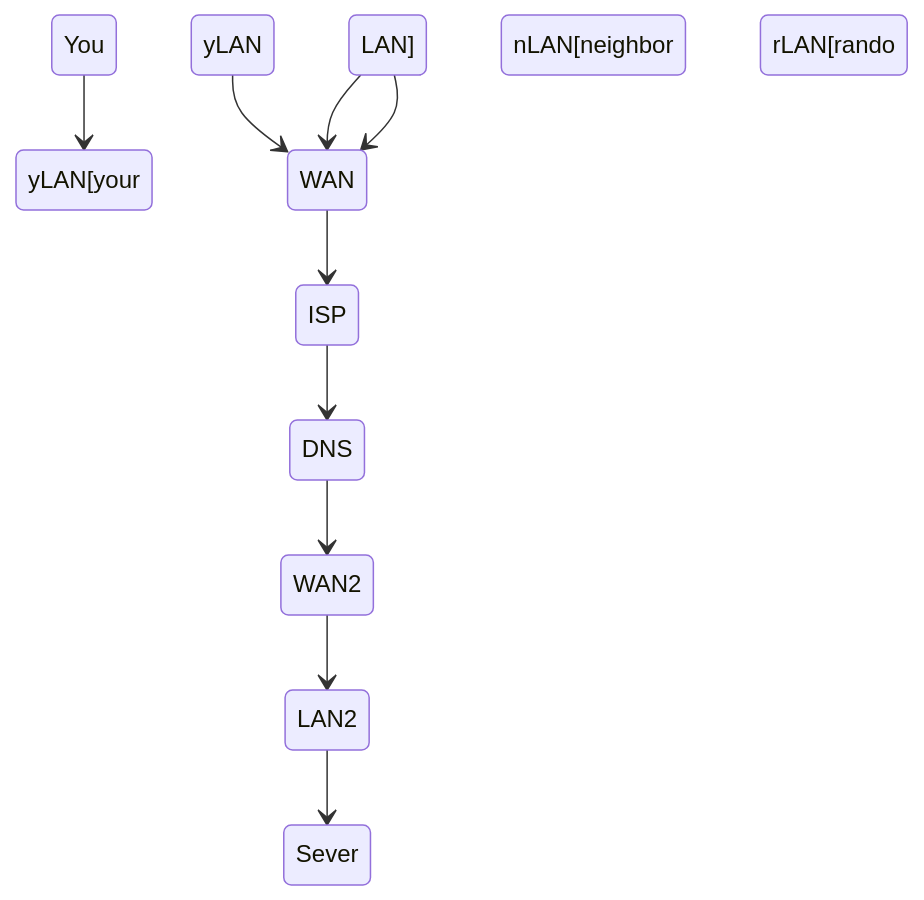
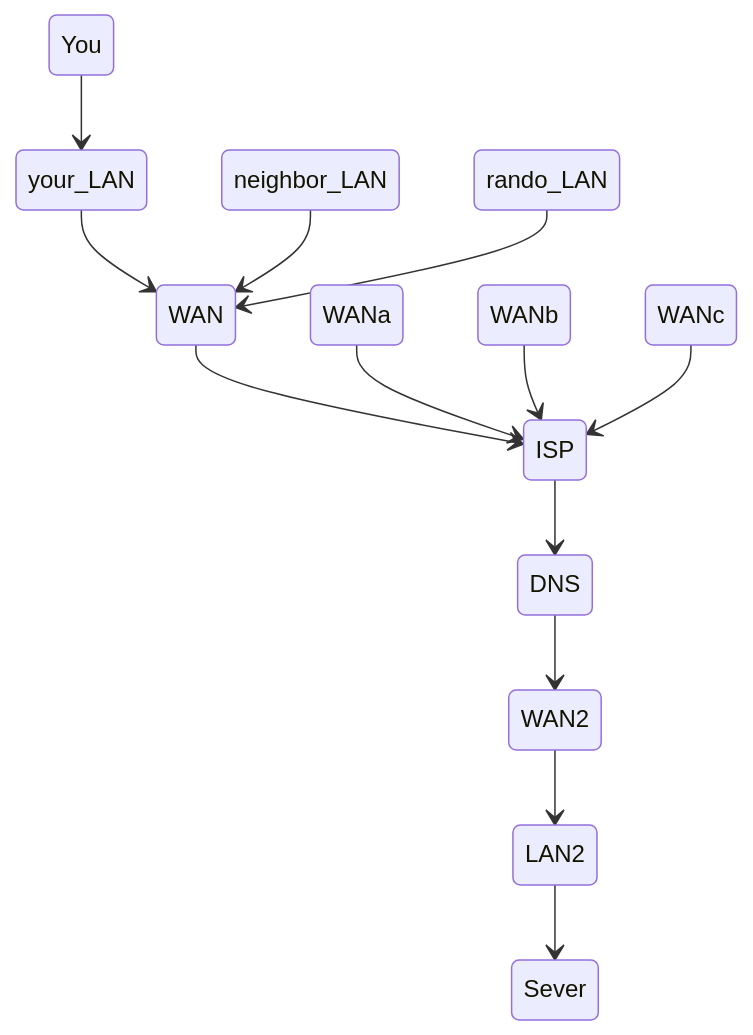
The diagram in README.md (omahane/intro-to-web-development), drawn with Mermaid before and after one commit.

````diff
--- a/README.md
+++ b/README.md
@@ -3,12 +3,15 @@
 ```mermaid
 stateDiagram-v2
-    You --> yLAN[your LAN]
-    yLAN --> WAN
-    nLAN[neighbor LAN] --> WAN
-    rLAN[rando LAN] --> WAN
+    You --> your_LAN
+    your_LAN --> WAN
+    neighbor_LAN --> WAN
+    rando_LAN --> WAN
     WAN --> ISP
+    WANa --> ISP
+    WANb --> ISP
+    WANc --> ISP
     ISP --> DNS
     DNS --> WAN2
     WAN2 --> LAN2
     LAN2 --> Sever
 ```
````
